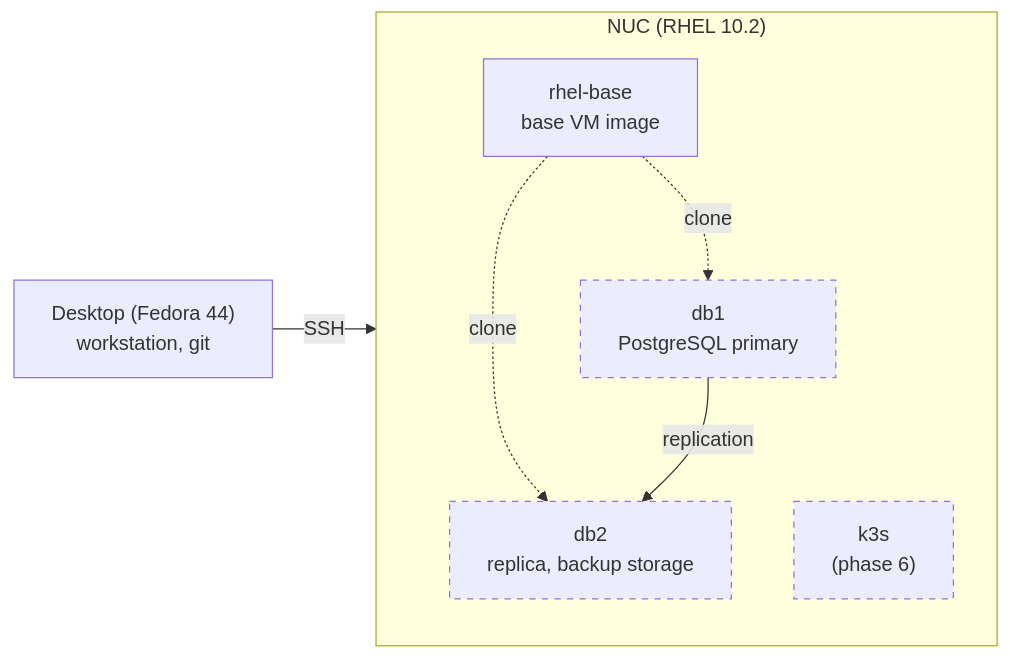
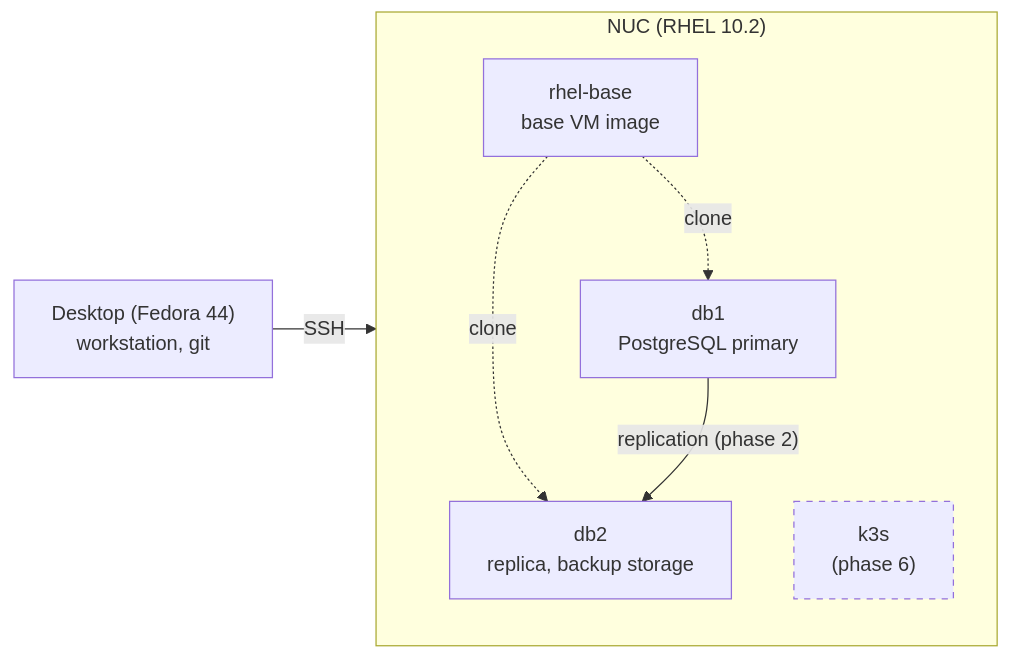
The diagram in README.md (marin-orejas/rhel-data-platform), drawn with Mermaid before and after one commit. The commit also changed other lines of this file and 2 other files, not shown here.

Commit message:
docs: mark db1 and db2 as done

````diff
--- a/README.md
+++ b/README.md
@@ -13,16 +13,16 @@
 ```mermaid
 flowchart LR
     desk["Desktop (Fedora 44)<br/>workstation, git"]
     subgraph nuc["NUC (RHEL 10.2)"]
         base["rhel-base<br/>base VM image"]
         db1["db1<br/>PostgreSQL primary"]
         db2["db2<br/>replica, backup storage"]
         k3s["k3s<br/>(phase 6)"]
         base -. clone .-> db1
         base -. clone .-> db2
-        db1 -- replication --> db2
+        db1 -- "replication (phase 2)" --> db2
     end
     desk -- SSH --> nuc
     classDef planned stroke-dasharray: 5 5
-    class db1,db2,k3s planned
+    class k3s planned
 ```
````
